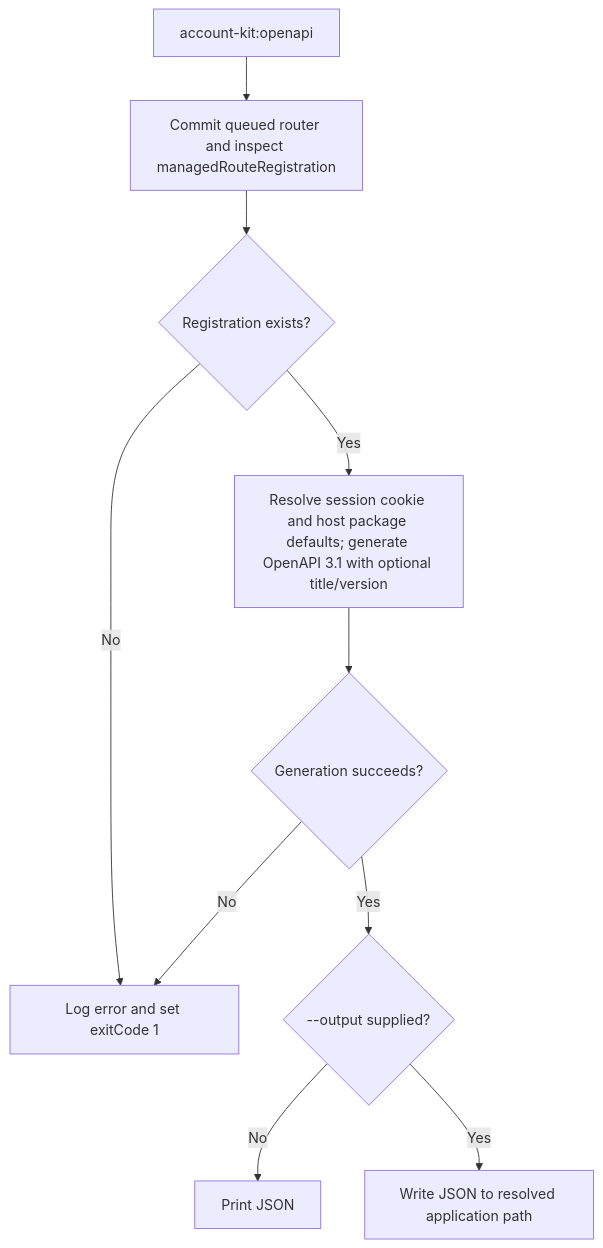
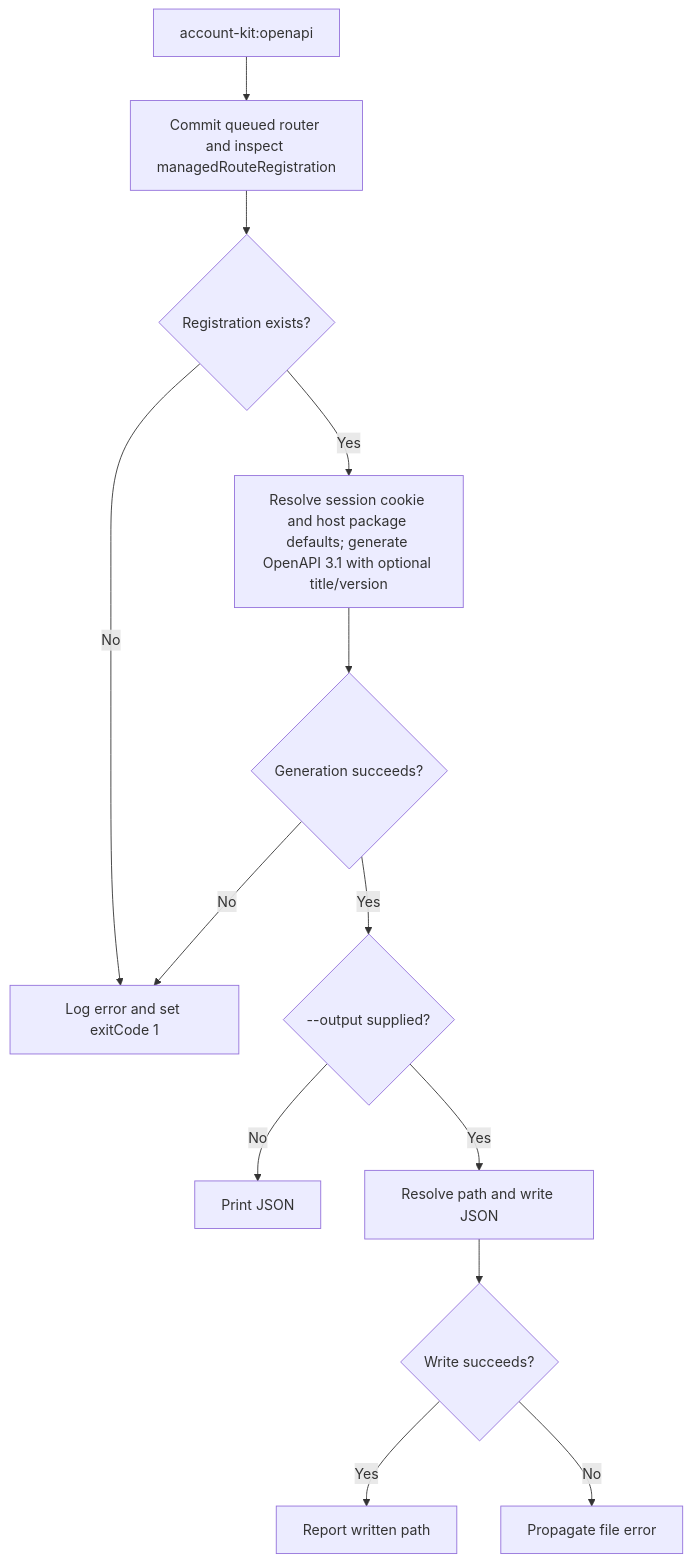
One commit to Kevinjohn/oss-adonisjs-account-kit changed the second of 2 diagrams in user-stories/US-ACCOUNT-30-generate-openapi.md. Above: the diagram before and after it, drawn with Mermaid. The commit also changed other lines of this file and 70 other files, not shown here.

````diff
--- a/user-stories/US-ACCOUNT-30-generate-openapi.md
+++ b/user-stories/US-ACCOUNT-30-generate-openapi.md
@@ -32,12 +32,15 @@
 ```mermaid
 flowchart TD
  A["account-kit:openapi"] --> B["Commit queued router and inspect managedRouteRegistration"]
  B --> C{"Registration exists?"}
  C -->|No| D["Log error and set exitCode 1"]
  C -->|Yes| E["Resolve session cookie and host package defaults; generate OpenAPI 3.1 with optional title/version"]
  E --> V{"Generation succeeds?"}
  V -->|No| D
  V -->|Yes| F{"--output supplied?"}
  F -->|No| G["Print JSON"]
- F -->|Yes| H["Write JSON to resolved application path"]
+ F -->|Yes| H["Resolve path and write JSON"]
+ H --> I{"Write succeeds?"}
+ I -->|Yes| J["Report written path"]
+ I -->|No| K["Propagate file error"]
 ```
````
